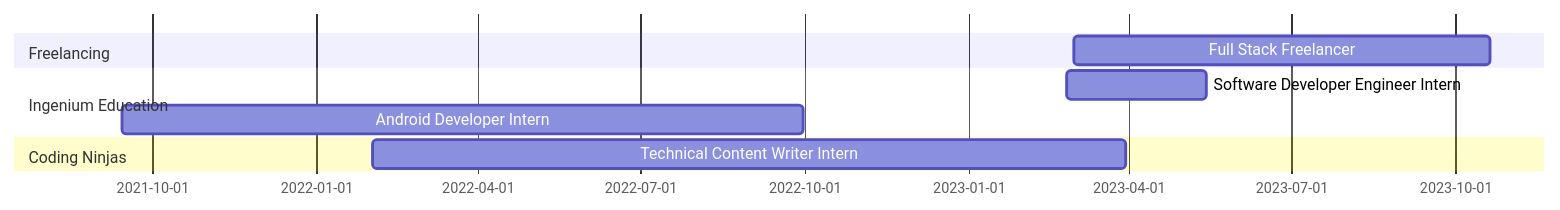
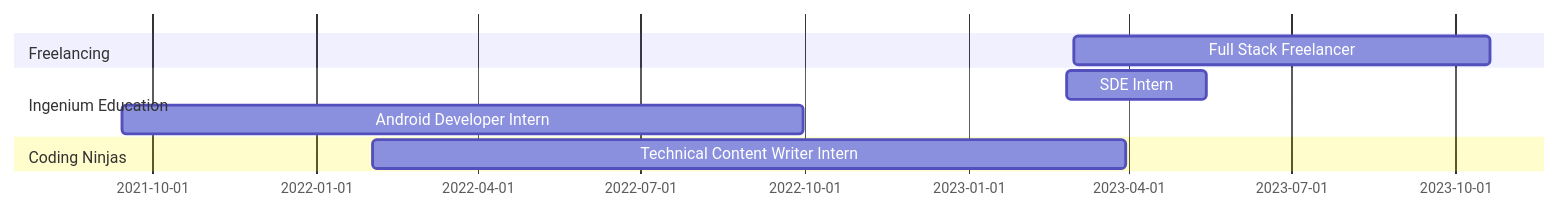
One commit to rahulsain/rahulsain changed the first of 3 diagrams in README.md. Above: the diagram before and after it, drawn with Mermaid.

````diff
--- a/README.md
+++ b/README.md
@@ -26,12 +26,12 @@
 ```mermaid
   gantt
     dateFormat  YYYY-MM-DD
     section Freelancing
     Full Stack Freelancer :a1, 2023-03-01, 2023-10-20
     section Ingenium Education
-    Software Developer Engineer Intern :a2, 2023-02-25, 2023-05-14
+    SDE Intern :a2, 2023-02-25, 2023-05-14
     Android Developer Intern :a3, 2021-09-14, 2022-09-30
     section Coding Ninjas
     Technical Content Writer Intern :a4, 2022-02-01, 2023-03-30
 
 ```
````
